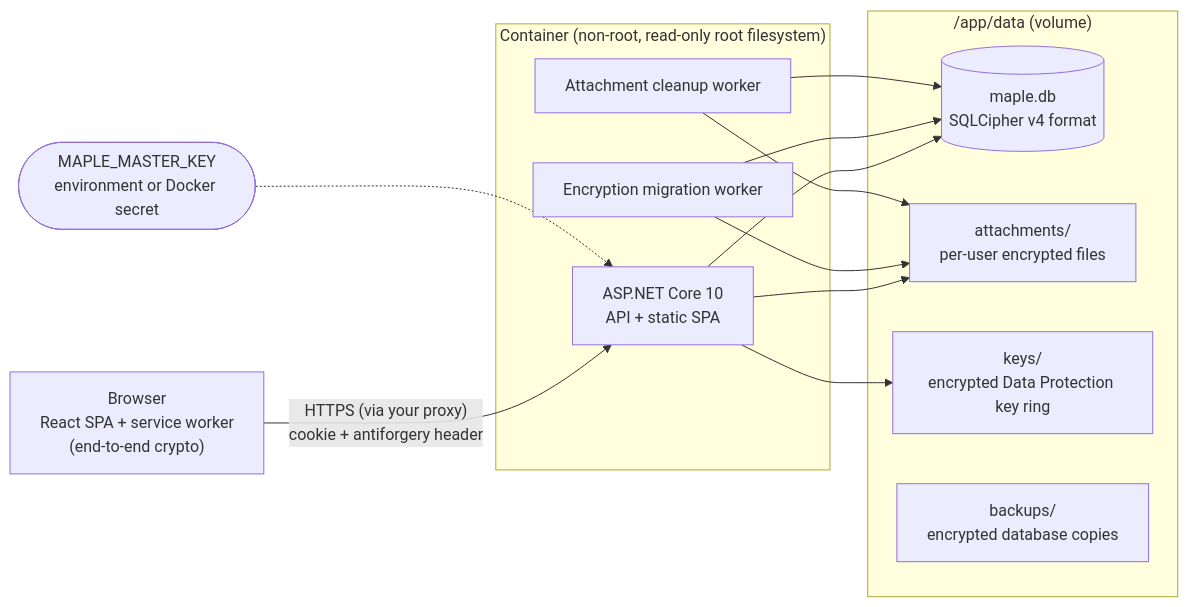
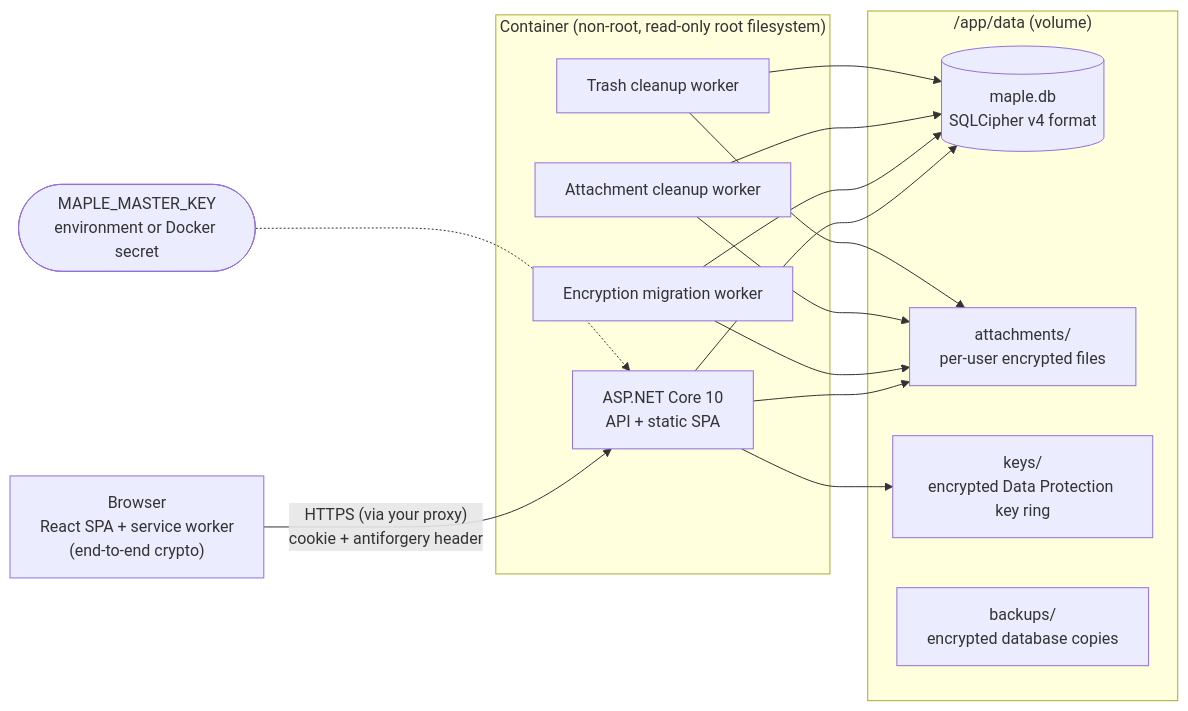
One commit to supunsarachitha/MapleNotes changed the first of 3 diagrams in docs/architecture.md. Above: the diagram before and after it, drawn with Mermaid. The commit also changed other lines of this file and 96 other files, not shown here.

````diff
--- a/docs/architecture.md
+++ b/docs/architecture.md
@@ -15,19 +15,21 @@
 ```mermaid
 flowchart LR
     browser["Browser<br/>React SPA + service worker<br/>(end-to-end crypto)"] -- "HTTPS (via your proxy)<br/>cookie + antiforgery header" --> server
     subgraph container["Container (non-root, read-only root filesystem)"]
         server["ASP.NET Core 10<br/>API + static SPA"]
         worker1["Encryption migration worker"]
         worker2["Attachment cleanup worker"]
+        worker3["Trash cleanup worker"]
     end
     subgraph data["/app/data (volume)"]
         db[("maple.db<br/>SQLCipher v4 format")]
         files["attachments/<br/>per-user encrypted files"]
         keys["keys/<br/>encrypted Data Protection key ring"]
         backups["backups/<br/>encrypted database copies"]
     end
     server --> db & files & keys
     worker1 --> db & files
     worker2 --> db & files
+    worker3 --> db & files
     master(["MAPLE_MASTER_KEY<br/>environment or Docker secret"]) -.-> server
 ```
````
